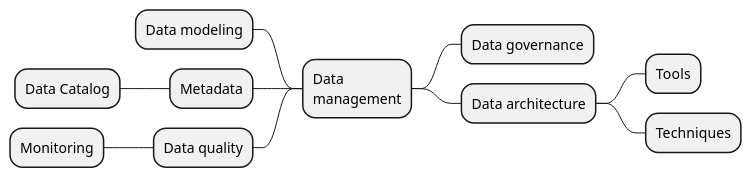
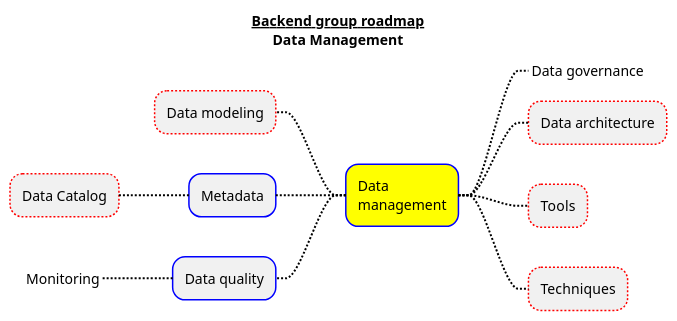
The diagram in data-management-roadmap.puml (chaimt/data-management-roadmap), drawn with PlantUML before and after one commit.

```diff
--- a/data-management-roadmap.puml
+++ b/data-management-roadmap.puml
@@ -1,12 +1,42 @@
 @startmindmap
-+ Data\nmanagement
-++ Data governance
-++ Data architecture
-+++ Tools
-+++ Techniques
--- Data modeling
--- Metadata
---- Data Catalog
--- Data quality
---- Monitoring
+
+<style>
+rootNode {
+    LineColor blue
+    BackgroundColor yellow
+    HorizontalAlignment left
+}
+node {
+    Padding 12
+    Margin 20
+    HorizontalAlignment left
+    LineColor blue
+}
+leafNode {
+    LineStyle 2
+    LineColor red
+    HorizontalAlignment left
+}
+arrow {
+    LineStyle 2
+    LineThickness 2
+    LineColor black
+}
+
+</style>
+
+title __ Backend group roadmap __\nData Management
+
+* Data\nmanagement
+ *_ Data governance
+ * Data architecture
+ * Tools
+ * Techniques
+left side
+** Data modeling
+ * Metadata
+  * Data Catalog
+ * Data quality
+  *_ Monitoring
+
 @endmindmap
```
